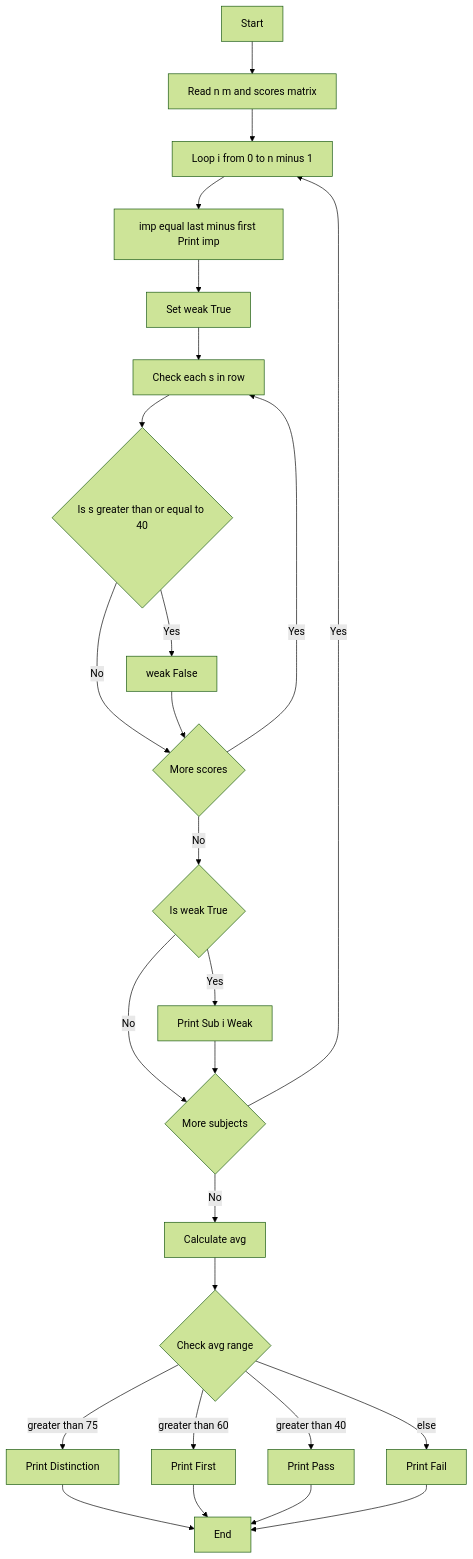
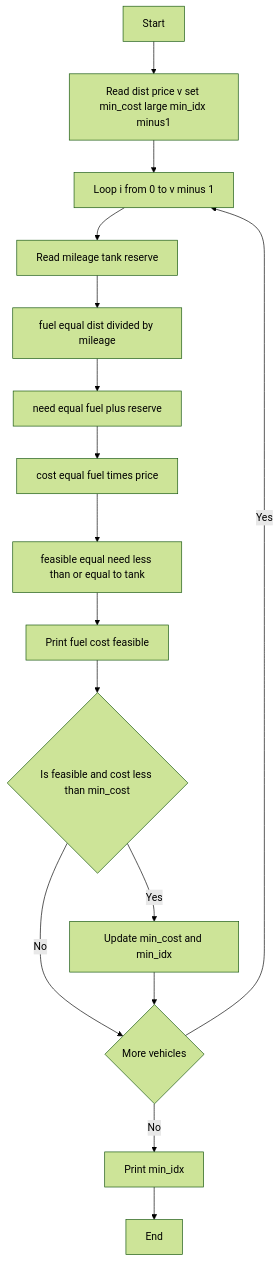
Before and after one commit to bhanusritirumala709-source/python-activity-Based-learning: the diagram in task7/code.md, drawn with Mermaid (forest theme). The commit also changed other lines of this file, not shown here.

````diff
--- a/task7/code.md
+++ b/task7/code.md
@@ -31,28 +29,18 @@
 ```mermaid
 flowchart TD
-    A[Start] --> B[Read n m and scores matrix]
-    B --> C[Loop i from 0 to n minus 1]
-    C --> D[imp equal last minus first Print imp]
-    D --> E[Set weak True]
-    E --> F[Check each s in row]
-    F --> G{Is s greater than or equal to 40}
-    G -- Yes --> H[weak False]
-    G -- No --> I{More scores}
-    H --> I
-    I -- Yes --> F
-    I -- No --> J{Is weak True}
-    J -- Yes --> K[Print Sub i Weak]
-    J -- No --> L{More subjects}
+    A[Start] --> B[Read dist price v set min_cost large min_idx minus1]
+    B --> C[Loop i from 0 to v minus 1]
+    C --> D[Read mileage tank reserve]
+    D --> E[fuel equal dist divided by mileage]
+    E --> F[need equal fuel plus reserve]
+    F --> G[cost equal fuel times price]
+    G --> H[feasible equal need less than or equal to tank]
+    H --> I[Print fuel cost feasible]
+    I --> J{Is feasible and cost less than min_cost}
+    J -- Yes --> K[Update min_cost and min_idx]
+    J -- No --> L{More vehicles}
     K --> L
     L -- Yes --> C
-    L -- No --> M[Calculate avg]
-    M --> N{Check avg range}
-    N -- greater than 75 --> O[Print Distinction]
-    N -- greater than 60 --> P[Print First]
-    N -- greater than 40 --> Q[Print Pass]
-    N -- else --> R[Print Fail]
-    O --> S[End]
-    P --> S
-    Q --> S
-    R --> S
+    L -- No --> M[Print min_idx]
+    M --> N[End]
 ```
````
